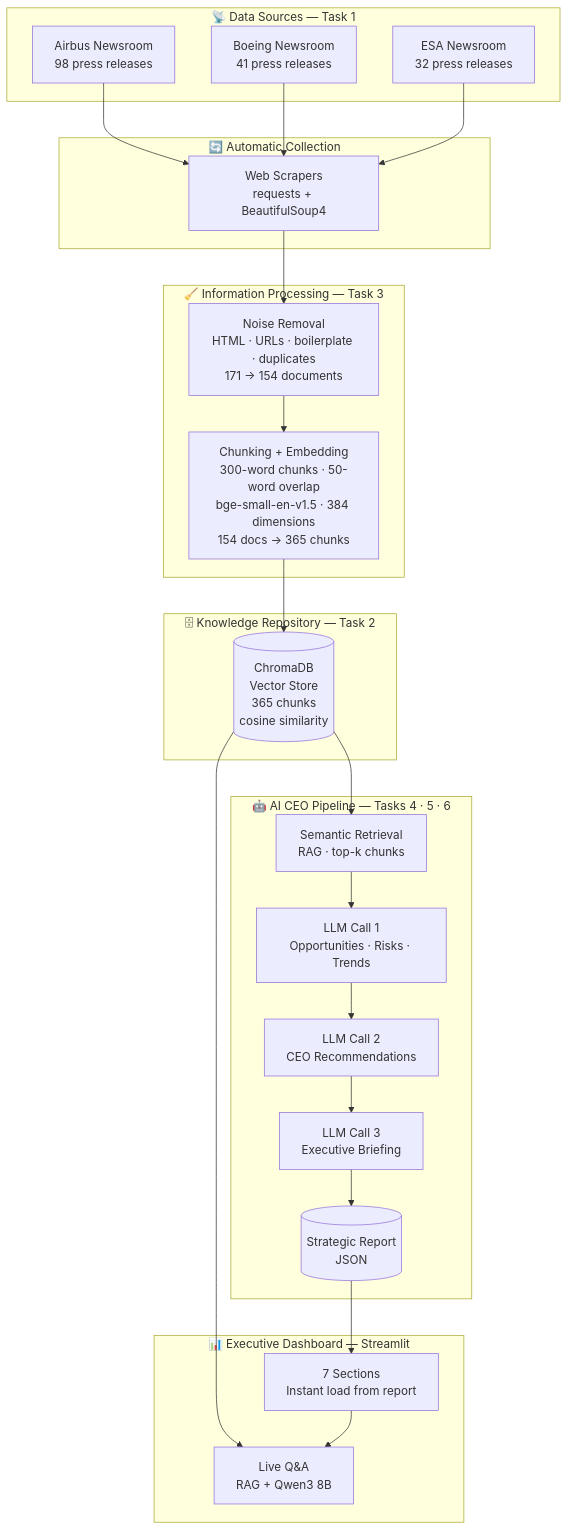
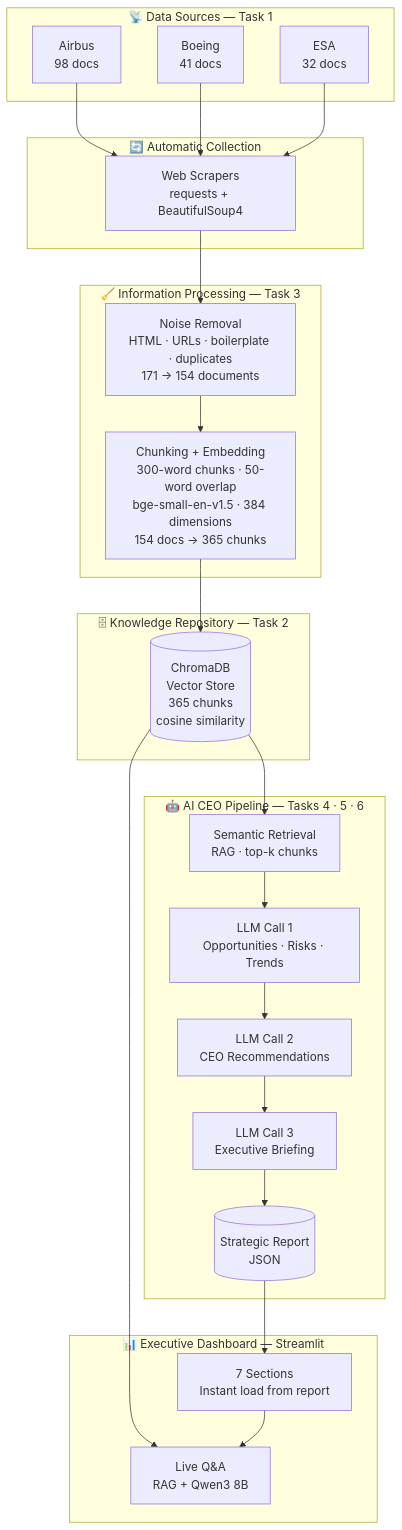
Before and after one commit to IshwariThakur/Natural-Language-Processing-Final-Examination-Project: the first of 4 diagrams in README.md, drawn with Mermaid.

Commit message:
Update data source descriptions in README

````diff
--- a/README.md
+++ b/README.md
@@ -9,49 +9,49 @@
 ```mermaid
 graph TB
     subgraph SOURCES["📡 Data Sources — Task 1"]
-        A[Airbus Newsroom<br/>98 press releases]
-        B[Boeing Newsroom<br/>41 press releases]
-        C[ESA Newsroom<br/>32 press releases]
+        A[Airbus<br/>98 docs]
+        B[Boeing <br/>41 docs]
+        C[ESA <br/>32 docs]
     end
 
     subgraph COLLECT["🔄 Automatic Collection"]
         D[Web Scrapers<br/>requests + BeautifulSoup4]
     end
 
     subgraph PROCESS["🧹 Information Processing — Task 3"]
         G[Noise Removal<br/>HTML · URLs · boilerplate · duplicates<br/>171 → 154 documents]
         H[Chunking + Embedding<br/>300-word chunks · 50-word overlap<br/>bge-small-en-v1.5 · 384 dimensions<br/>154 docs → 365 chunks]
     end
 
     subgraph STORE["🗄 Knowledge Repository — Task 2"]
         I[(ChromaDB<br/>Vector Store<br/>365 chunks<br/>cosine similarity)]
     end
 
     subgraph AICEO["🤖 AI CEO Pipeline — Tasks 4 · 5 · 6"]
         K[Semantic Retrieval<br/>RAG · top-k chunks]
         L[LLM Call 1<br/>Opportunities · Risks · Trends]
         M[LLM Call 2<br/>CEO Recommendations]
         N[LLM Call 3<br/>Executive Briefing]
         O[(Strategic Report<br/>JSON)]
     end
 
     subgraph DASH["📊 Executive Dashboard — Streamlit"]
         P[7 Sections<br/>Instant load from report]
         Q[Live Q&A<br/>RAG + Qwen3 8B]
     end
 
     A --> D
     B --> D
     C --> D
     D --> G
     G --> H
     H --> I
     I --> K
     K --> L
     L --> M
     M --> N
     N --> O
     O --> P
     I --> Q
     P --> Q
 ```
````
